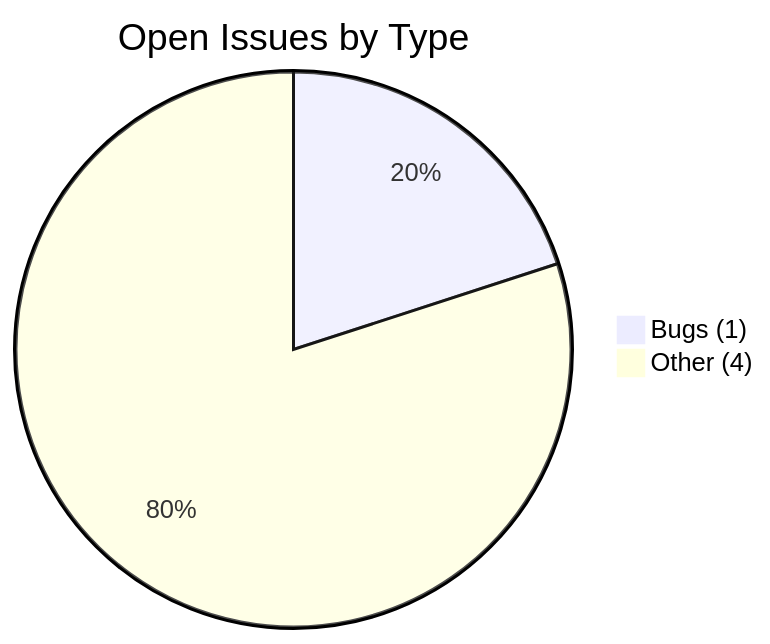
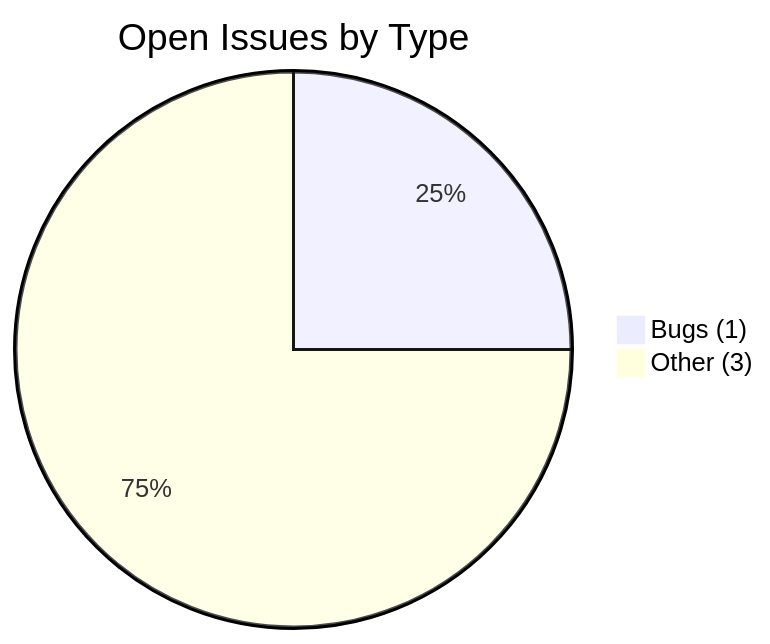
The second of 4 diagrams in docs/tracker.md (Nitsur10/invoice-dashboard-deploy), drawn with Mermaid before and after one commit. The commit also changed other lines of this file and 1 other file, not shown here.

````diff
--- a/docs/tracker.md
+++ b/docs/tracker.md
@@ -30,8 +30,8 @@
 ```mermaid
 pie title Open Issues by Type
     
     "Bugs (1)" : 1
     
-    "Other (4)" : 4
+    "Other (3)" : 3
     
 ```
````
